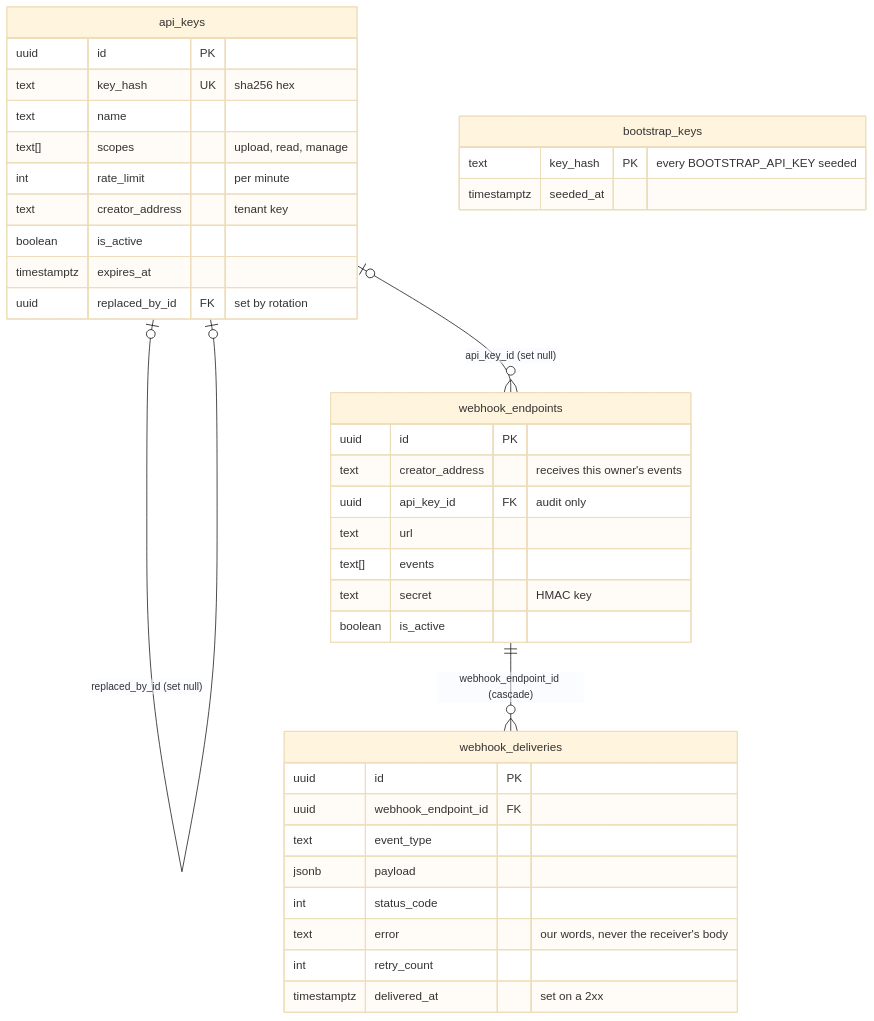
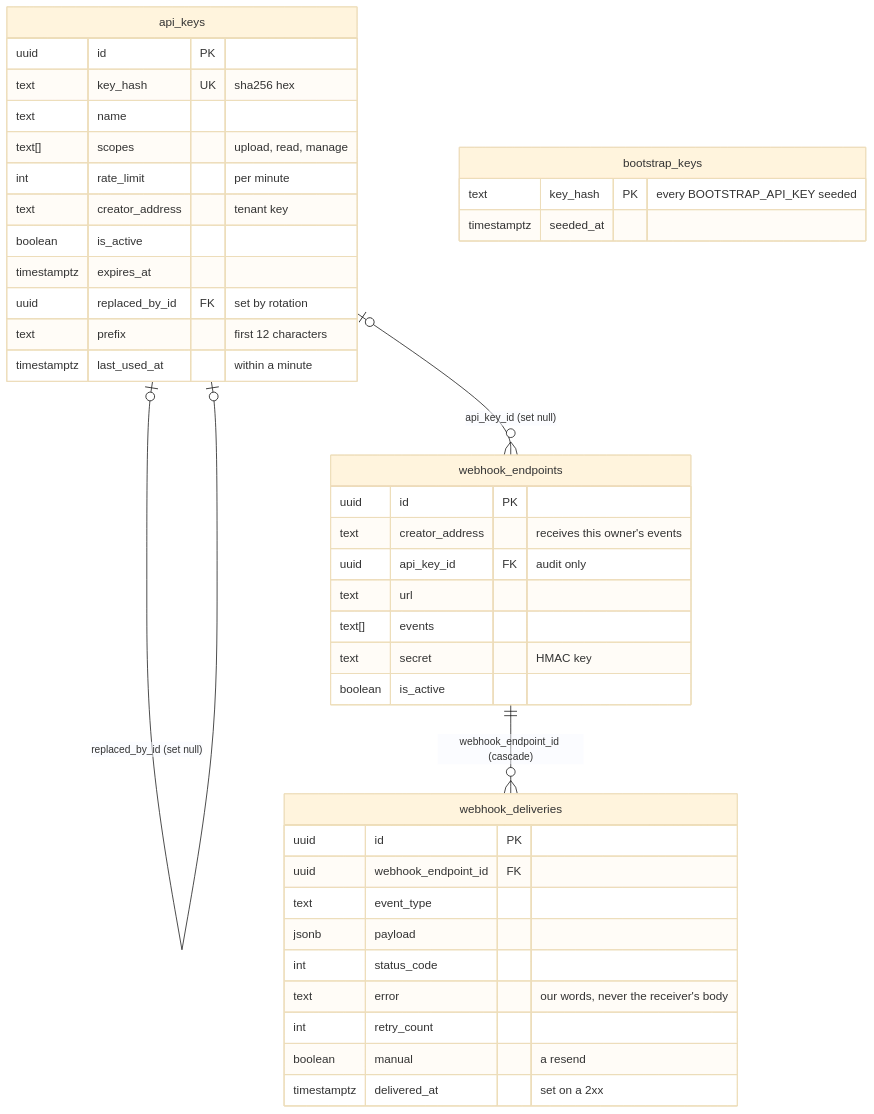
The third of 4 diagrams in docs/architecture/data-model.md (justmert/Sluby), drawn with Mermaid (base theme) before and after one commit. The commit also changed other lines of this file and 8 other files, not shown here.

````diff
--- a/docs/architecture/data-model.md
+++ b/docs/architecture/data-model.md
@@ -155,42 +165,45 @@
 ```mermaid
 erDiagram
   direction TB
   api_keys |o--o| api_keys : "replaced_by_id (set null)"
   api_keys |o--o{ webhook_endpoints : "api_key_id (set null)"
   webhook_endpoints ||--o{ webhook_deliveries : "webhook_endpoint_id (cascade)"
 
   api_keys {
     uuid id PK
     text key_hash UK "sha256 hex"
     text name
     text[] scopes "upload, read, manage"
     int rate_limit "per minute"
     text creator_address "tenant key"
     boolean is_active
     timestamptz expires_at
     uuid replaced_by_id FK "set by rotation"
+    text prefix "first 12 characters"
+    timestamptz last_used_at "within a minute"
   }
   bootstrap_keys {
     text key_hash PK "every BOOTSTRAP_API_KEY seeded"
     timestamptz seeded_at
   }
   webhook_endpoints {
     uuid id PK
     text creator_address "receives this owner's events"
     uuid api_key_id FK "audit only"
     text url
     text[] events
     text secret "HMAC key"
     boolean is_active
   }
   webhook_deliveries {
     uuid id PK
     uuid webhook_endpoint_id FK
     text event_type
     jsonb payload
     int status_code
     text error "our words, never the receiver's body"
     int retry_count
+    boolean manual "a resend"
     timestamptz delivered_at "set on a 2xx"
   }
 ```
````
